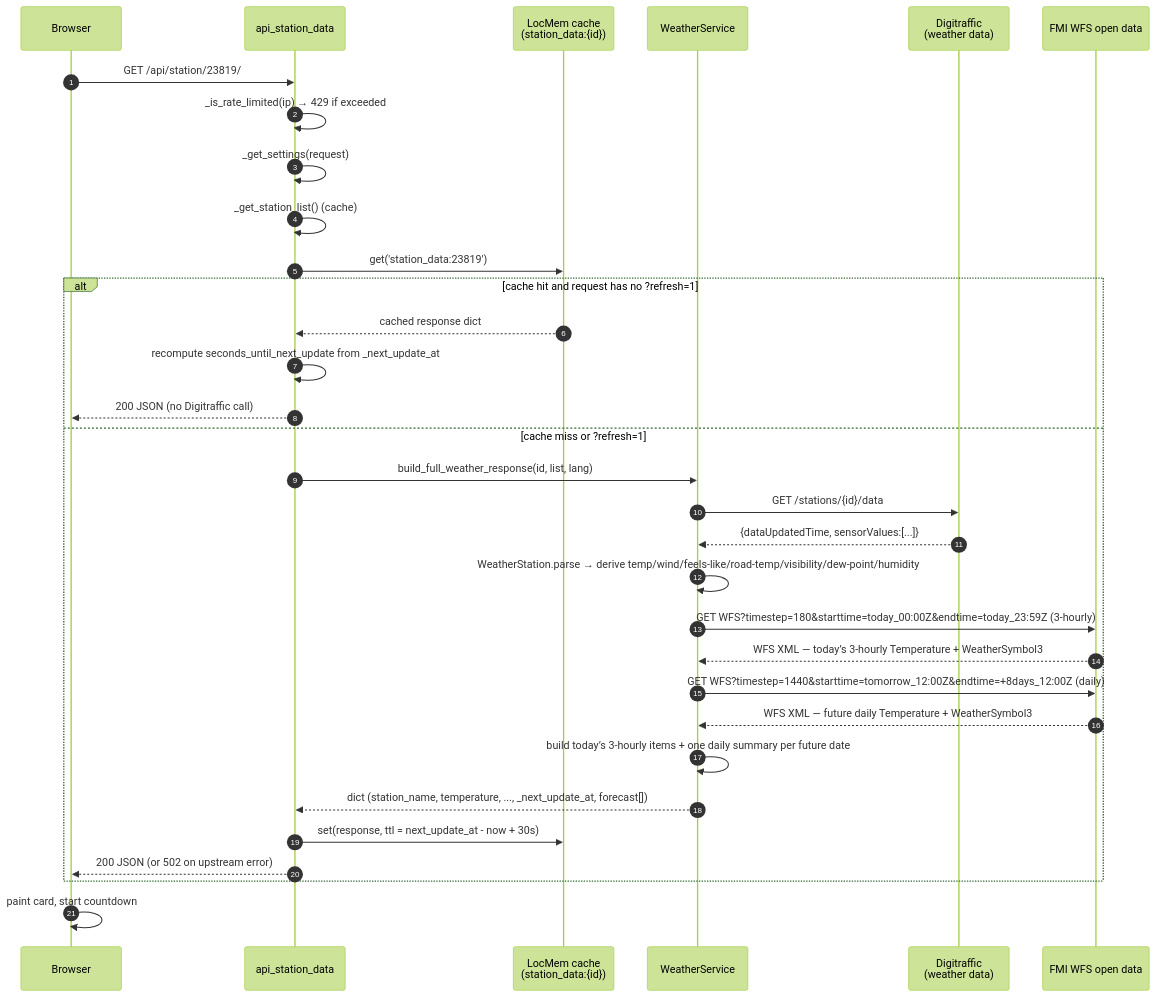
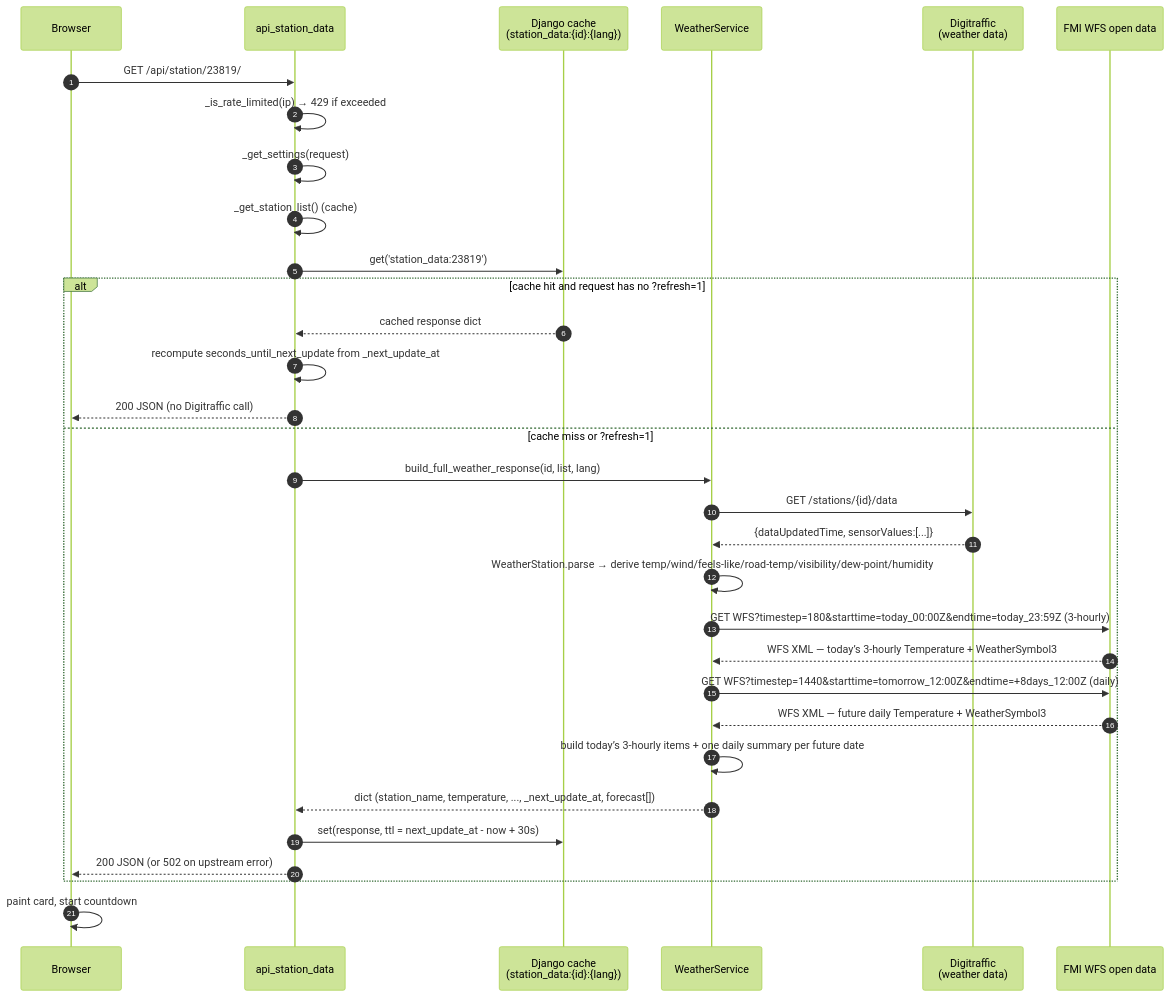
Before and after one commit to jjankkil/weatherview-django: the fourth of 9 diagrams in docs/ARCHITECTURE.md, drawn with Mermaid (forest theme). The commit also changed other lines of this file and 13 other files, not shown here.

Commit message:
add Redis cache support (LocMemCache fallback), GitHub Actions CI, Playwright e2e tests, and flag-icons SRI hash

````diff
--- a/docs/ARCHITECTURE.md
+++ b/docs/ARCHITECTURE.md
@@ -222,35 +250,35 @@
 ```mermaid
 sequenceDiagram
     autonumber
     participant Browser
     participant View as api_station_data
-    participant SC as LocMem cache<br/>(station_data:{id})
+    participant SC as Django cache<br/>(station_data:{id}:{lang})
     participant WS as WeatherService
     participant DT as Digitraffic<br/>(weather data)
     participant FMI as FMI WFS open data
 
     Browser->>View: GET /api/station/23819/
     View->>View: _is_rate_limited(ip) → 429 if exceeded
     View->>View: _get_settings(request)
     View->>View: _get_station_list() (cache)
     View->>SC: get('station_data:23819')
     alt cache hit and request has no ?refresh=1
         SC-->>View: cached response dict
         View->>View: recompute seconds_until_next_update from _next_update_at
         View-->>Browser: 200 JSON (no Digitraffic call)
     else cache miss or ?refresh=1
         View->>WS: build_full_weather_response(id, list, lang)
         WS->>DT: GET /stations/{id}/data
         DT-->>WS: {dataUpdatedTime, sensorValues:[...]}
         WS->>WS: WeatherStation.parse → derive temp/wind/feels-like/road-temp/visibility/dew-point/humidity
         WS->>FMI: GET WFS?timestep=180&starttime=today_00:00Z&endtime=today_23:59Z (3-hourly)
         FMI-->>WS: WFS XML — today’s 3-hourly Temperature + WeatherSymbol3
         WS->>FMI: GET WFS?timestep=1440&starttime=tomorrow_12:00Z&endtime=+8days_12:00Z (daily)
         FMI-->>WS: WFS XML — future daily Temperature + WeatherSymbol3
         WS->>WS: build today’s 3-hourly items + one daily summary per future date
         WS-->>View: dict (station_name, temperature, ..., _next_update_at, forecast[])
         View->>SC: set(response, ttl = next_update_at - now + 30s)
         View-->>Browser: 200 JSON (or 502 on upstream error)
     end
     Browser->>Browser: paint card, start countdown
 ```
````
